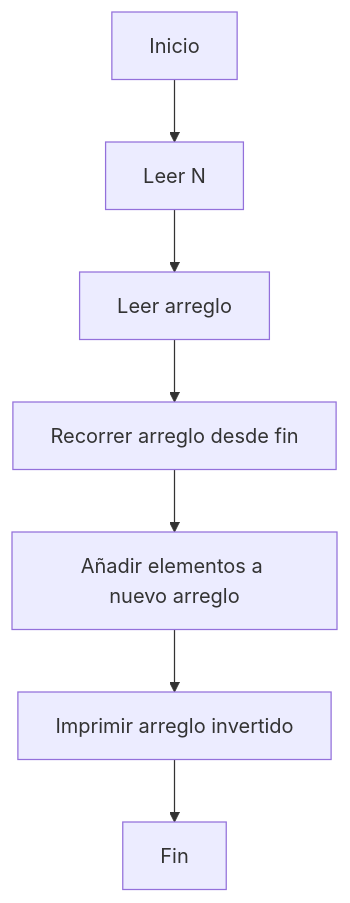
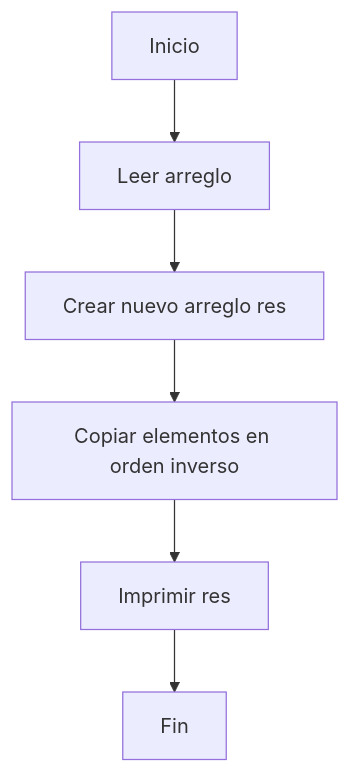
One commit to LaCorporacionUN/cristhian-pardo-data-structures-portfolio changed the diagram in frontend-app/src/markdown/1. Estructuras de Datos Secuenciales/diagram1.mmd. Above: the diagram before and after it, drawn with Mermaid. The commit also changed 15 other files, not shown here.

```diff
--- a/frontend-app/src/markdown/1. Estructuras de Datos Secuenciales/diagram1.mmd
+++ b/frontend-app/src/markdown/1. Estructuras de Datos Secuenciales/diagram1.mmd
@@ -1,8 +1,6 @@
-
 flowchart TD
-  A[Inicio] --> B[Leer N]
-  B --> C[Leer arreglo]
-  C --> D[Recorrer arreglo desde fin]
-  D --> E[Añadir elementos a nuevo arreglo]
-  E --> F[Imprimir arreglo invertido]
-  F --> G[Fin]
+  A[Inicio] --> B[Leer arreglo]
+  B --> C[Crear nuevo arreglo res]
+  C --> D[Copiar elementos en orden inverso]
+  D --> E[Imprimir res]
+  E --> F[Fin]
```
